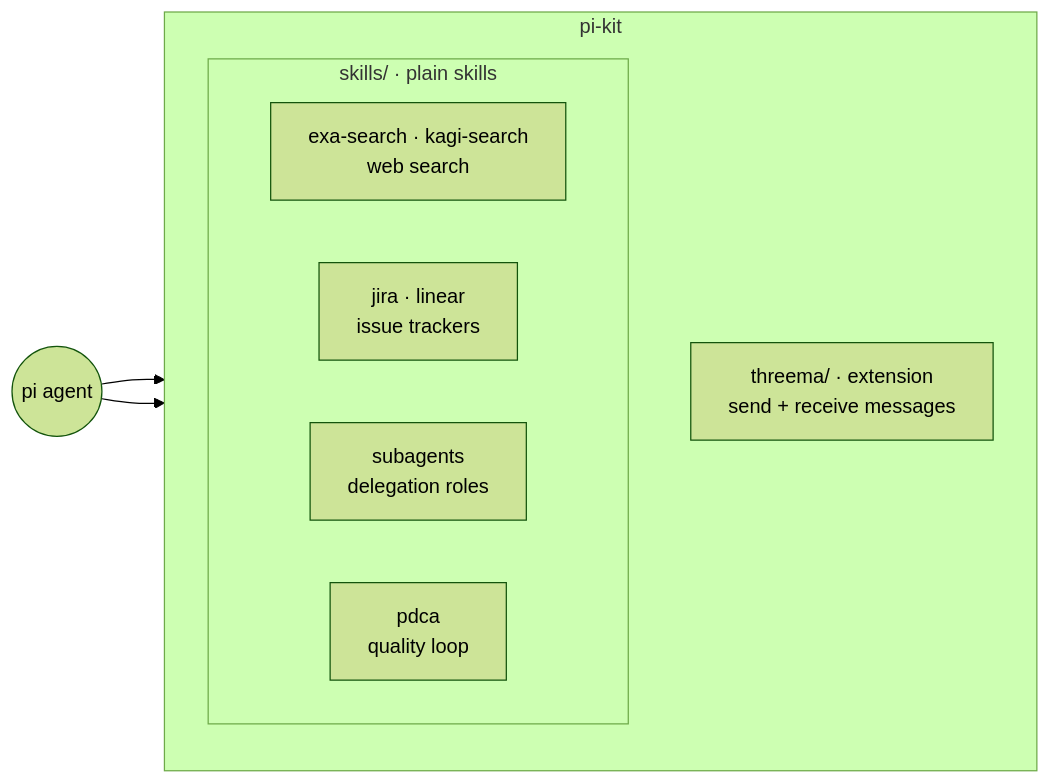
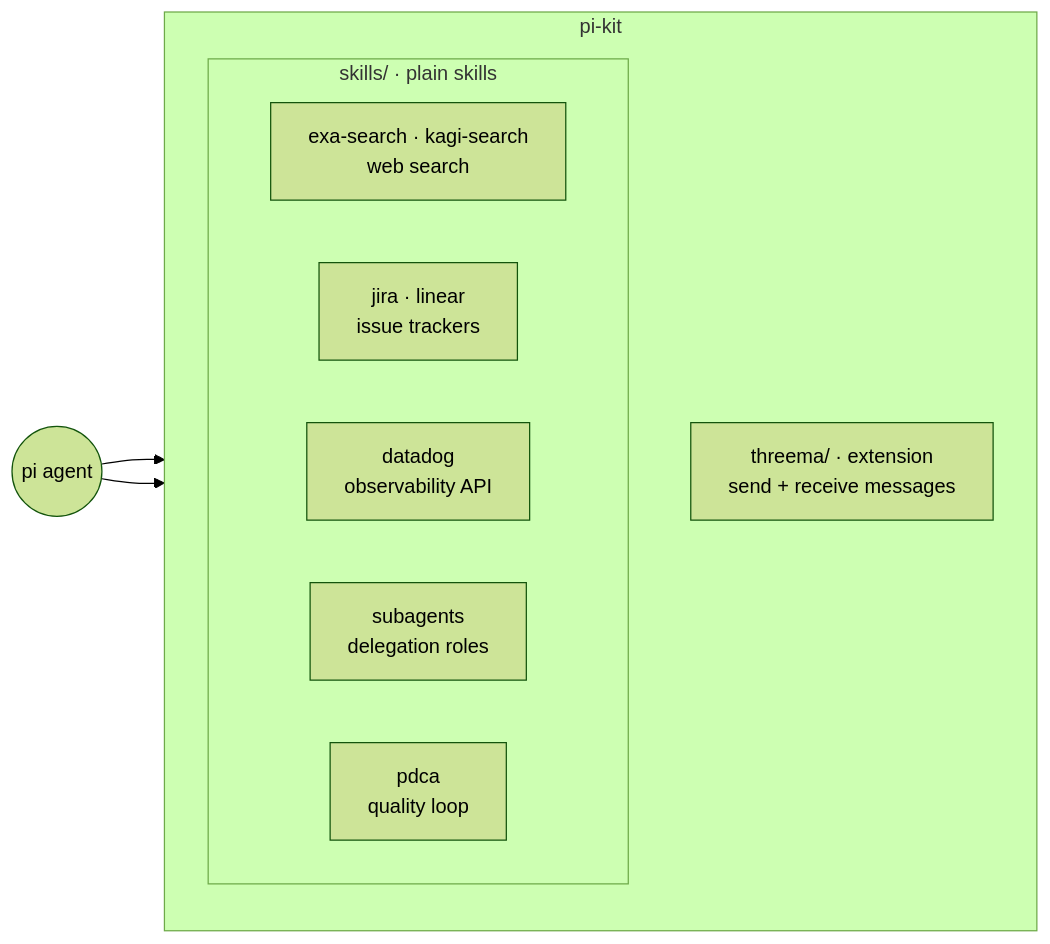
One commit to ulvestuen/pi-kit changed the diagram in README.md. Above: the diagram before and after it, drawn with Mermaid (forest theme). The commit also changed other lines of this file and 7 other files, not shown here.

````diff
--- a/README.md
+++ b/README.md
@@ -8,15 +8,16 @@
 ```mermaid
 flowchart LR
     pi(("pi agent")) --> skills
     pi --> threema
     subgraph kit["pi-kit"]
         direction TB
         subgraph skills["skills/ · plain skills"]
             search["exa-search · kagi-search<br/>web search"]
             trackers["jira · linear<br/>issue trackers"]
+            observability["datadog<br/>observability API"]
             subagents["subagents<br/>delegation roles"]
             pdca["pdca<br/>quality loop"]
         end
         threema["threema/ · extension<br/>send + receive messages"]
     end
 ```
````
